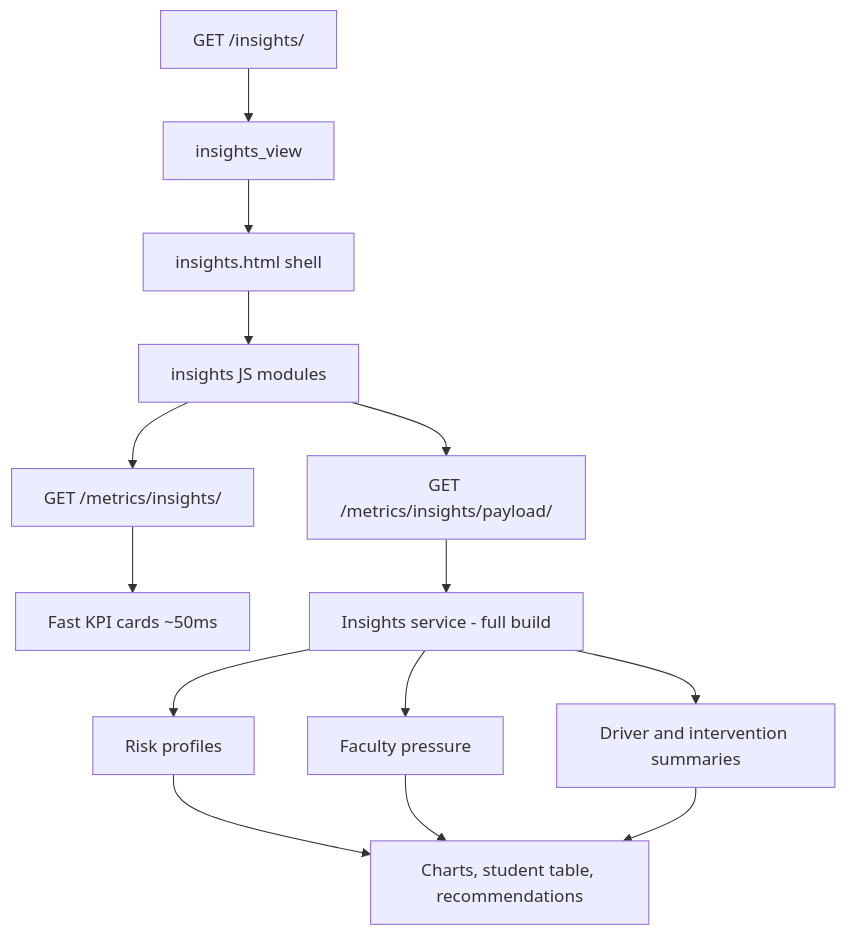
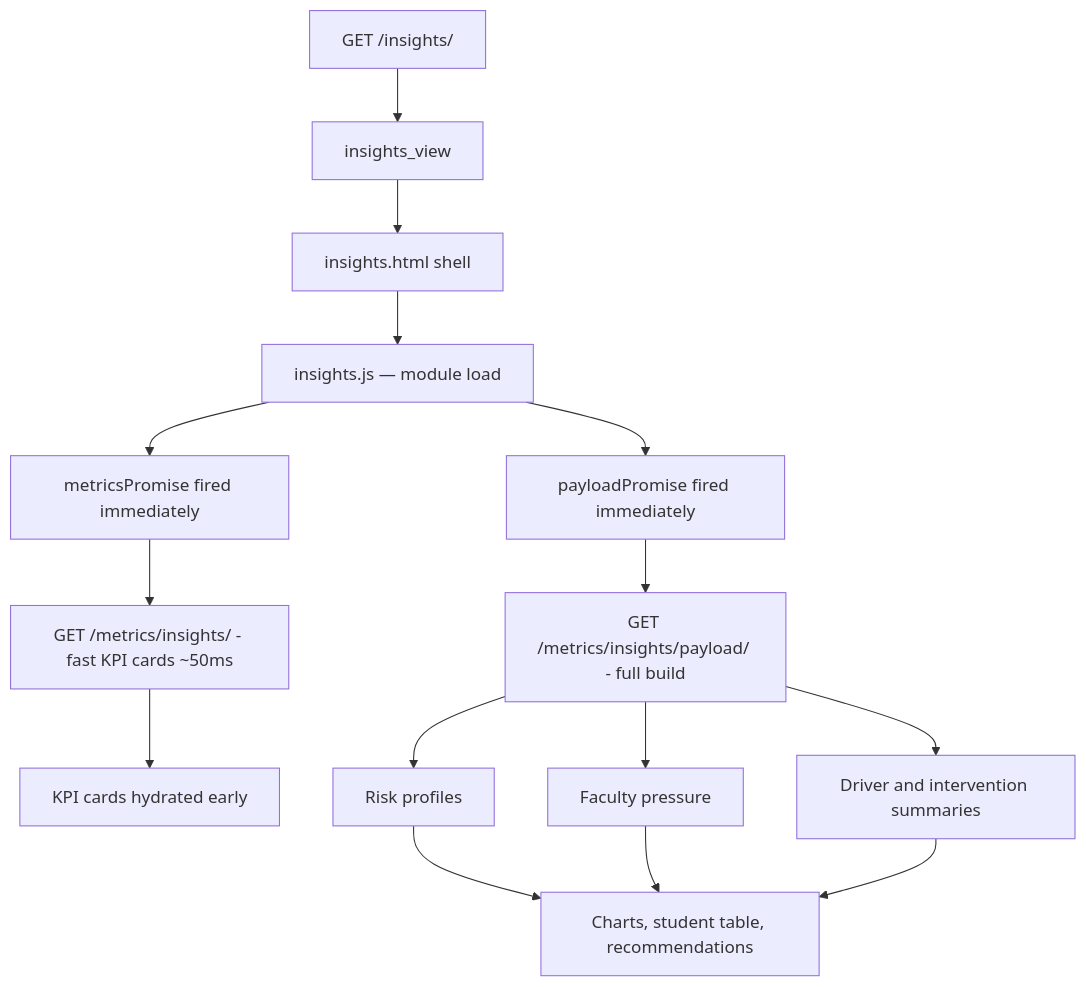
The diagram in docs/pages/insights.md (SeanM04/register_platform), drawn with Mermaid before and after one commit. The commit also changed other lines of this file and 37 other files, not shown here.

````diff
--- a/docs/pages/insights.md
+++ b/docs/pages/insights.md
@@ -31,16 +31,17 @@
 ```mermaid
 flowchart TD
     A[GET /insights/] --> B[insights_view]
     B --> C[insights.html shell]
-    C --> D[insights JS modules]
-    D --> E[GET /metrics/insights/]
-    D --> F[GET /metrics/insights/payload/]
-    E --> G[Fast KPI cards ~50ms]
-    F --> H[Insights service - full build]
-    H --> I[Risk profiles]
-    H --> J[Faculty pressure]
-    H --> K[Driver and intervention summaries]
-    I --> L[Charts, student table, recommendations]
-    J --> L
-    K --> L
+    C --> D[insights.js — module load]
+    D --> E[metricsPromise fired immediately]
+    D --> F[payloadPromise fired immediately]
+    E --> G[GET /metrics/insights/ - fast KPI cards ~50ms]
+    F --> H[GET /metrics/insights/payload/ - full build]
+    G --> I[KPI cards hydrated early]
+    H --> J[Risk profiles]
+    H --> K[Faculty pressure]
+    H --> L[Driver and intervention summaries]
+    J --> M[Charts, student table, recommendations]
+    K --> M
+    L --> M
 ```
````
